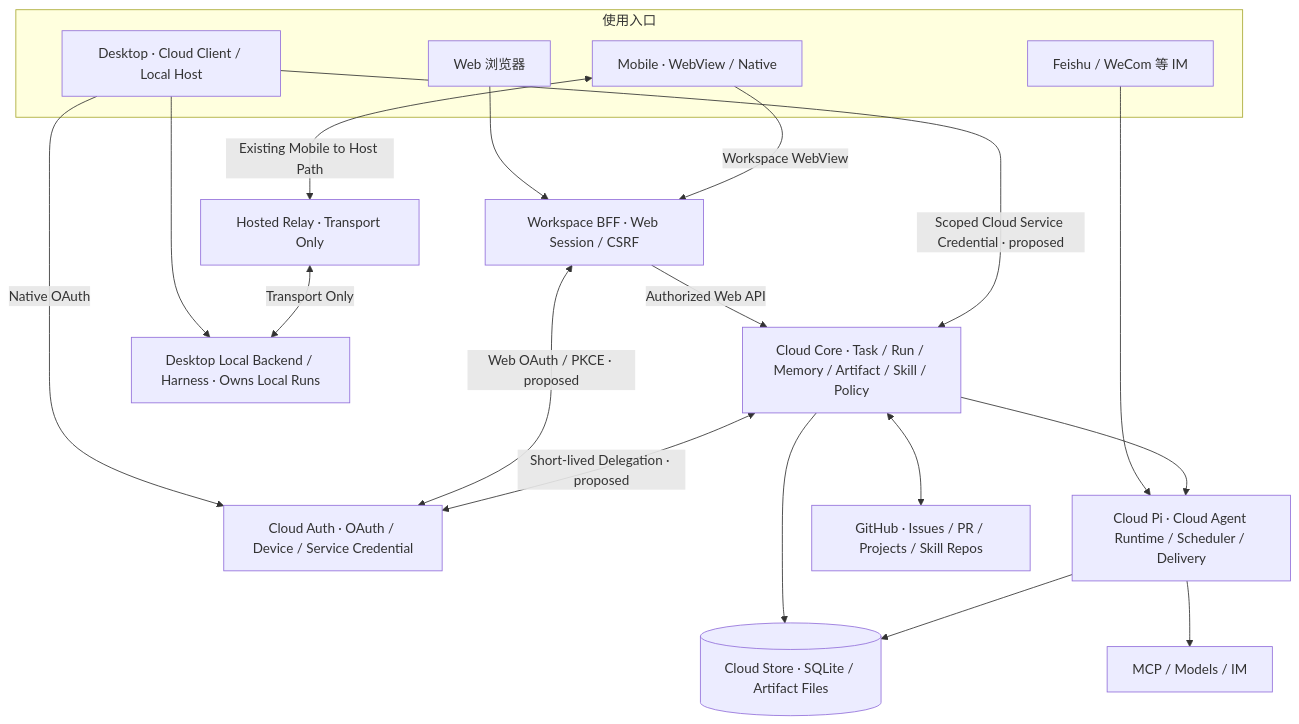
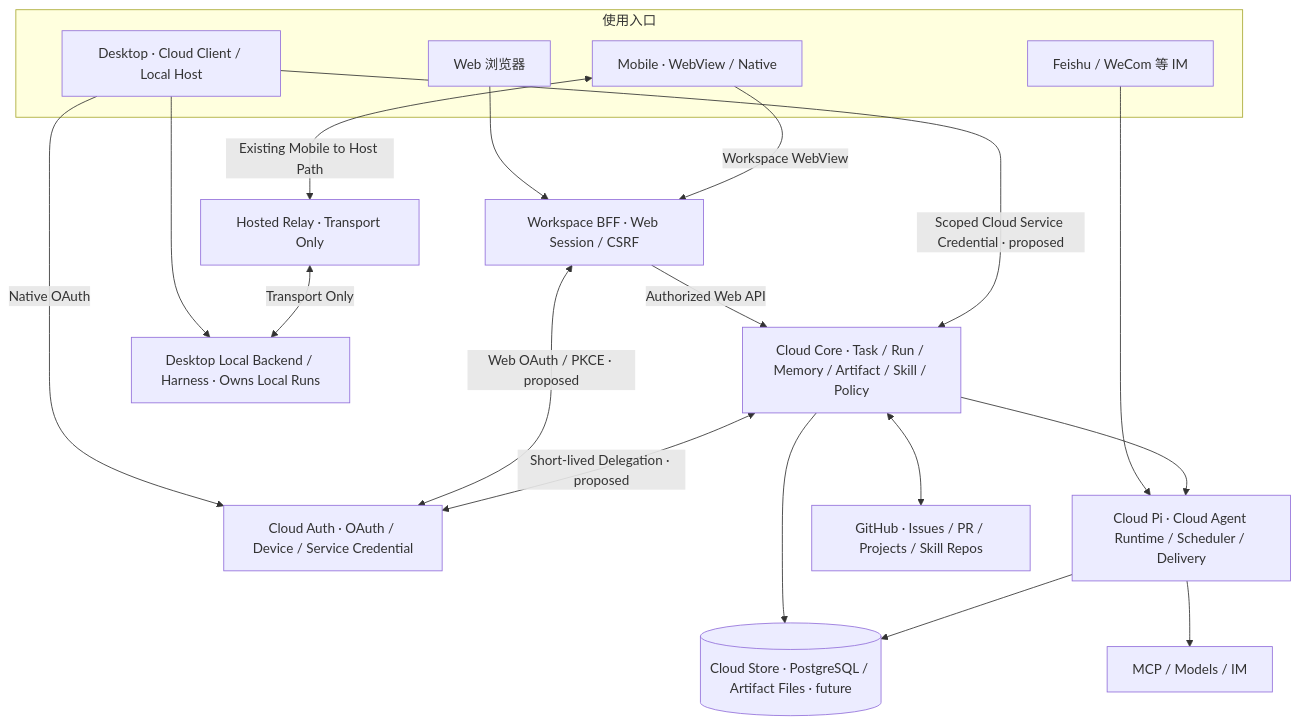
The diagram in docs/architecture/v0.4.md (uichat-mira/mira-cloud), drawn with Mermaid before and after one commit. The commit also changed other lines of this file, not shown here.

````diff
--- a/docs/architecture/v0.4.md
+++ b/docs/architecture/v0.4.md
@@ -39,34 +41,34 @@
 ```mermaid
 flowchart TB
   subgraph Clients[使用入口]
     W[Web 浏览器]
     M[Mobile · WebView / Native]
     D[Desktop · Cloud Client / Local Host]
     I[Feishu / WeCom 等 IM]
   end
   A[Cloud Auth · OAuth / Device / Service Credential]
   B[Workspace BFF · Web Session / CSRF]
   C[Cloud Core · Task / Run / Memory / Artifact / Skill / Policy]
   P[Cloud Pi · Cloud Agent Runtime / Scheduler / Delivery]
-  S[(Cloud Store · SQLite / Artifact Files)]
+  S[(Cloud Store · PostgreSQL / Artifact Files · future)]
   H[Desktop Local Backend / Harness · Owns Local Runs]
   R[Hosted Relay · Transport Only]
   G[GitHub · Issues / PR / Projects / Skill Repos]
   X[MCP / Models / IM]
   W --> B
   M -->|Workspace WebView| B
   D -->|Native OAuth| A
   B <-->|Web OAuth / PKCE · proposed| A
   B -->|Authorized Web API| C
   D -->|Scoped Cloud Service Credential · proposed| C
   C <-->|Short-lived Delegation · proposed| A
   I --> P
   C --> P
   C --> S
   P --> S
   C <--> G
   P --> X
   D --> H
   M <-->|Existing Mobile to Host Path| R
   R <-->|Transport Only| H
 ```
````
